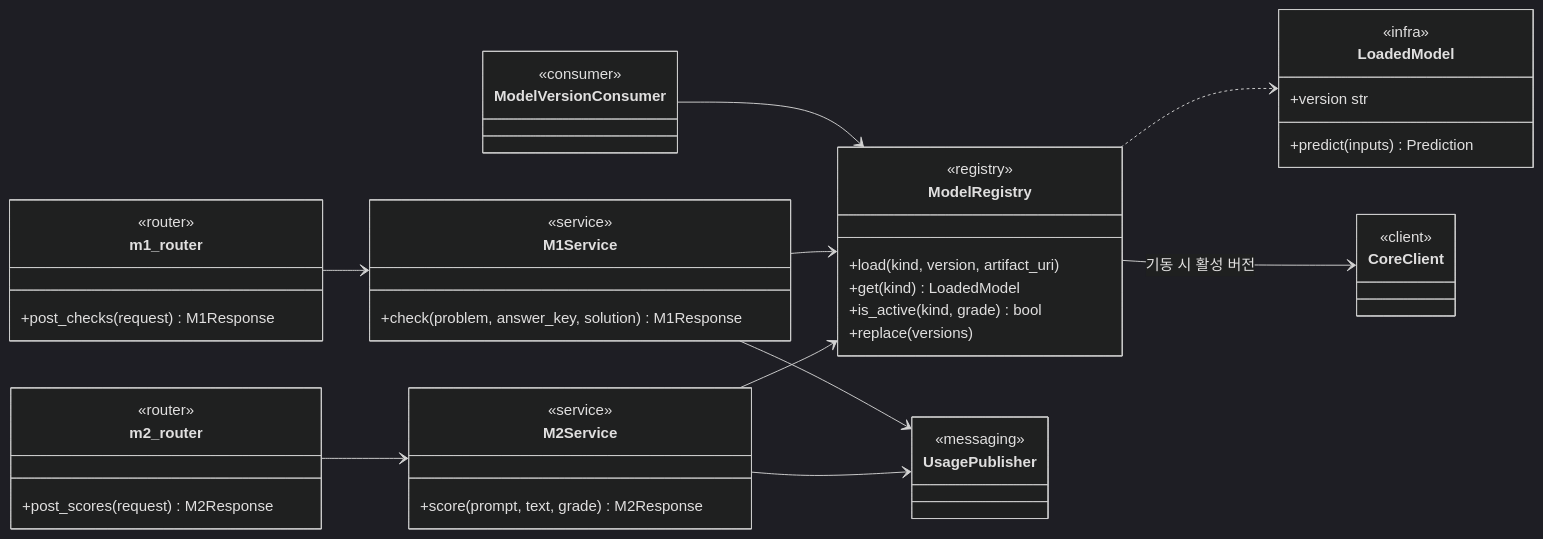
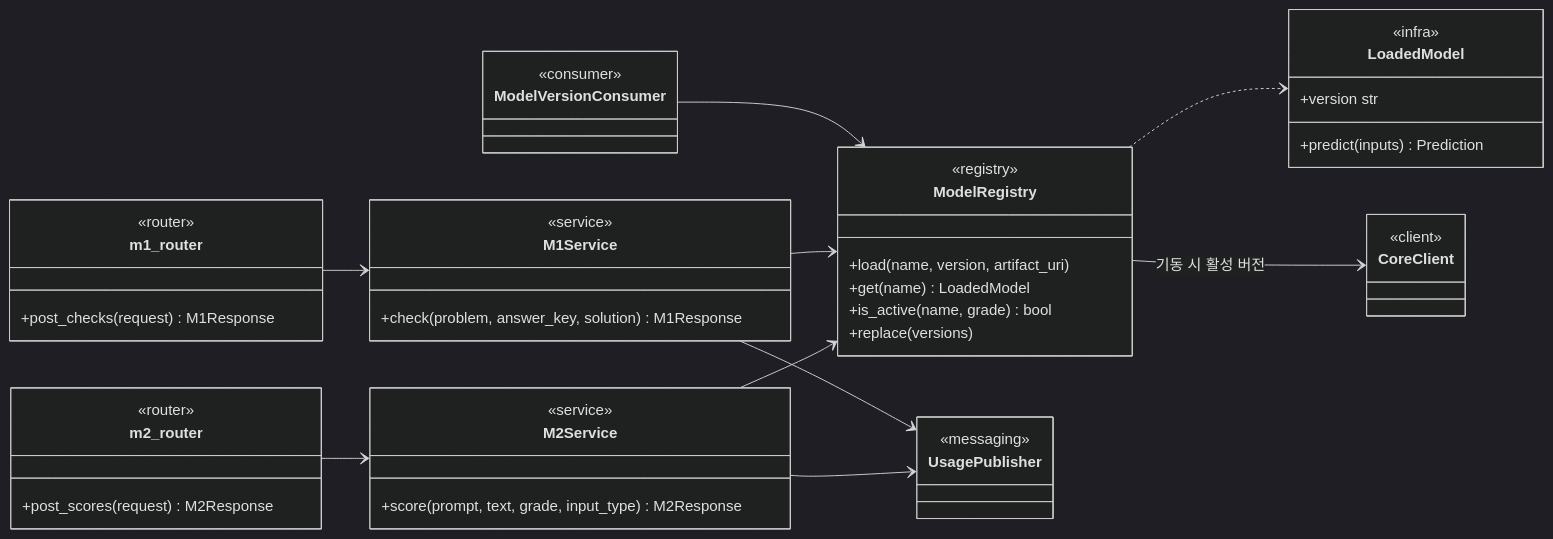
One commit to SKNETWORKS-FAMILY-AICAMP/SKN34-FINAL-3TEAM changed diagram 14 of 15 in docs/design/class-diagram.md. Above: the diagram before and after it, drawn with Mermaid (dark theme). The commit also changed other lines of this file and 5 other files, not shown here.

````diff
--- a/docs/design/class-diagram.md
+++ b/docs/design/class-diagram.md
@@ -1378,45 +1378,45 @@
 ```mermaid
 classDiagram
   direction LR
   class m2_router {
     <<router>>
     +post_scores(request) M2Response
   }
   class m1_router {
     <<router>>
     +post_checks(request) M1Response
   }
   class M2Service {
     <<service>>
-    +score(prompt, text, grade) M2Response
+    +score(prompt, text, grade, input_type) M2Response
   }
   class M1Service {
     <<service>>
     +check(problem, answer_key, solution) M1Response
   }
   class ModelRegistry {
     <<registry>>
-    +load(kind, version, artifact_uri)
-    +get(kind) LoadedModel
-    +is_active(kind, grade) bool
+    +load(name, version, artifact_uri)
+    +get(name) LoadedModel
+    +is_active(name, grade) bool
     +replace(versions)
   }
   class LoadedModel {
     <<infra>>
     +version str
     +predict(inputs) Prediction
   }
   class CoreClient { <<client>> }
   class ModelVersionConsumer { <<consumer>> }
   class UsagePublisher { <<messaging>> }
 
   m2_router --> M2Service
   m1_router --> M1Service
   M2Service --> ModelRegistry
   M1Service --> ModelRegistry
   ModelRegistry ..> LoadedModel
   ModelRegistry --> CoreClient : 기동 시 활성 버전
   ModelVersionConsumer --> ModelRegistry
   M2Service --> UsagePublisher
   M1Service --> UsagePublisher
 ```
````
